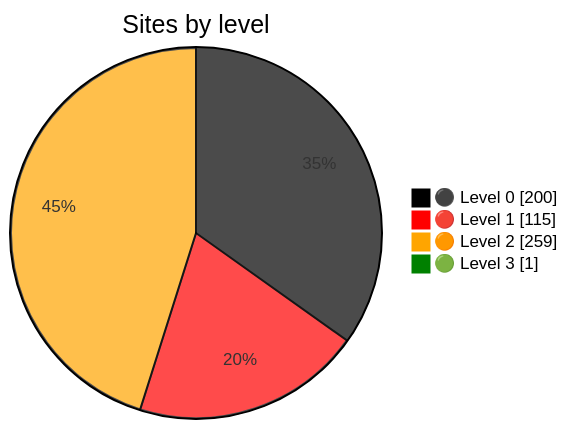
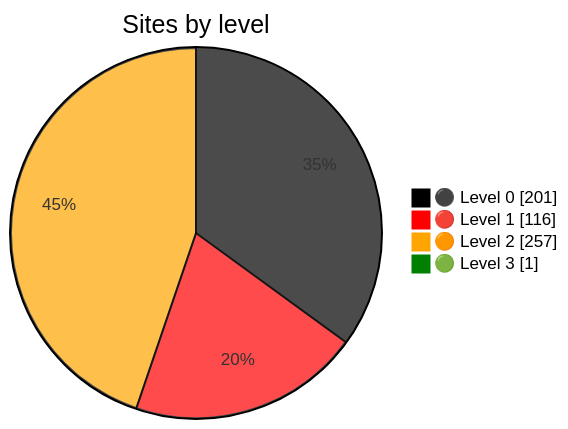
Before and after one commit to nuuuwan/gov_lk_web_auditor: the diagram in README.md, drawn with Mermaid. The commit also changed other lines of this file and 2546 other files, not shown here.

````diff
--- a/README.md
+++ b/README.md
@@ -24,9 +24,9 @@
 ```mermaid
 %%{init: {"themeVariables":{"pie1":"black","pie2":"red","pie3":"orange","pie4":"green"}}}%%
 pie showData
     title Sites by level
-    "⚫ Level 0" : 200
-    "🔴 Level 1" : 115
-    "🟠 Level 2" : 259
+    "⚫ Level 0" : 201
+    "🔴 Level 1" : 116
+    "🟠 Level 2" : 257
     "🟢 Level 3" : 1
 ```
````
